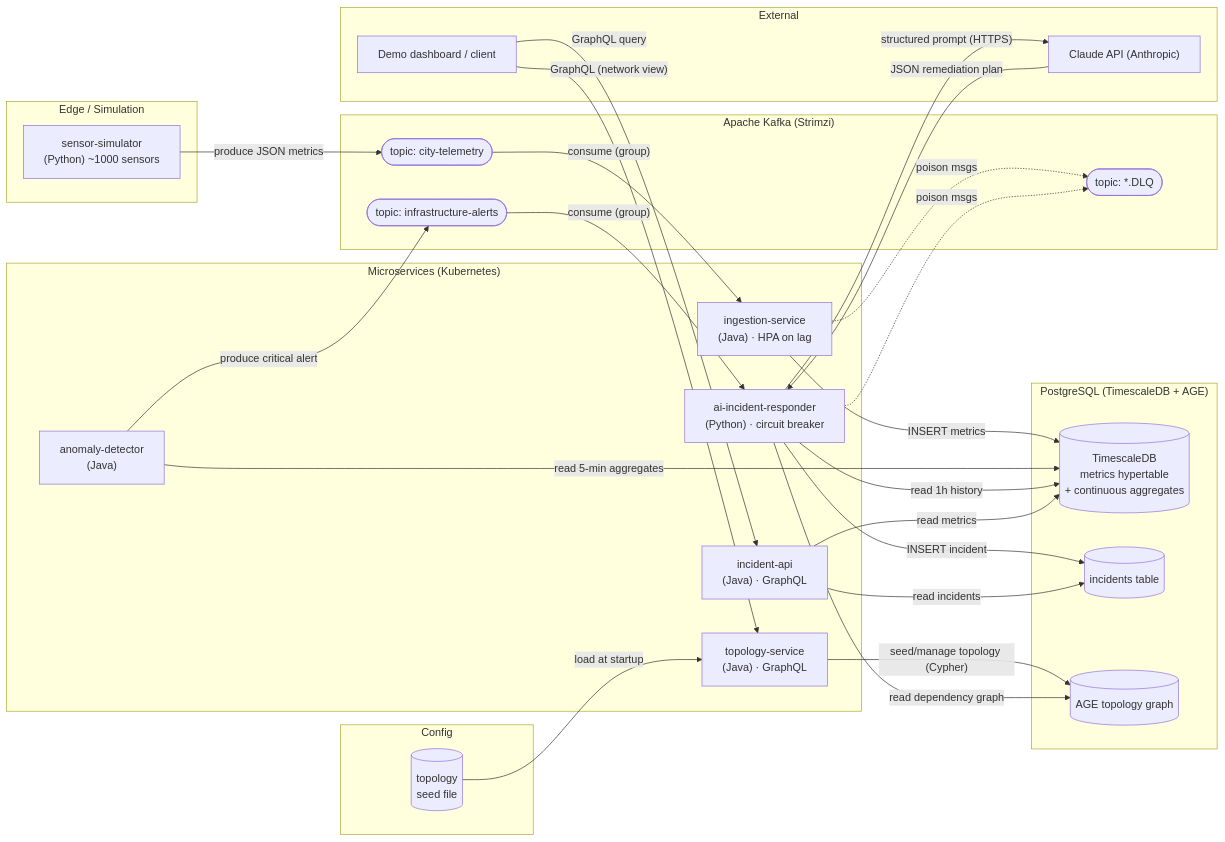
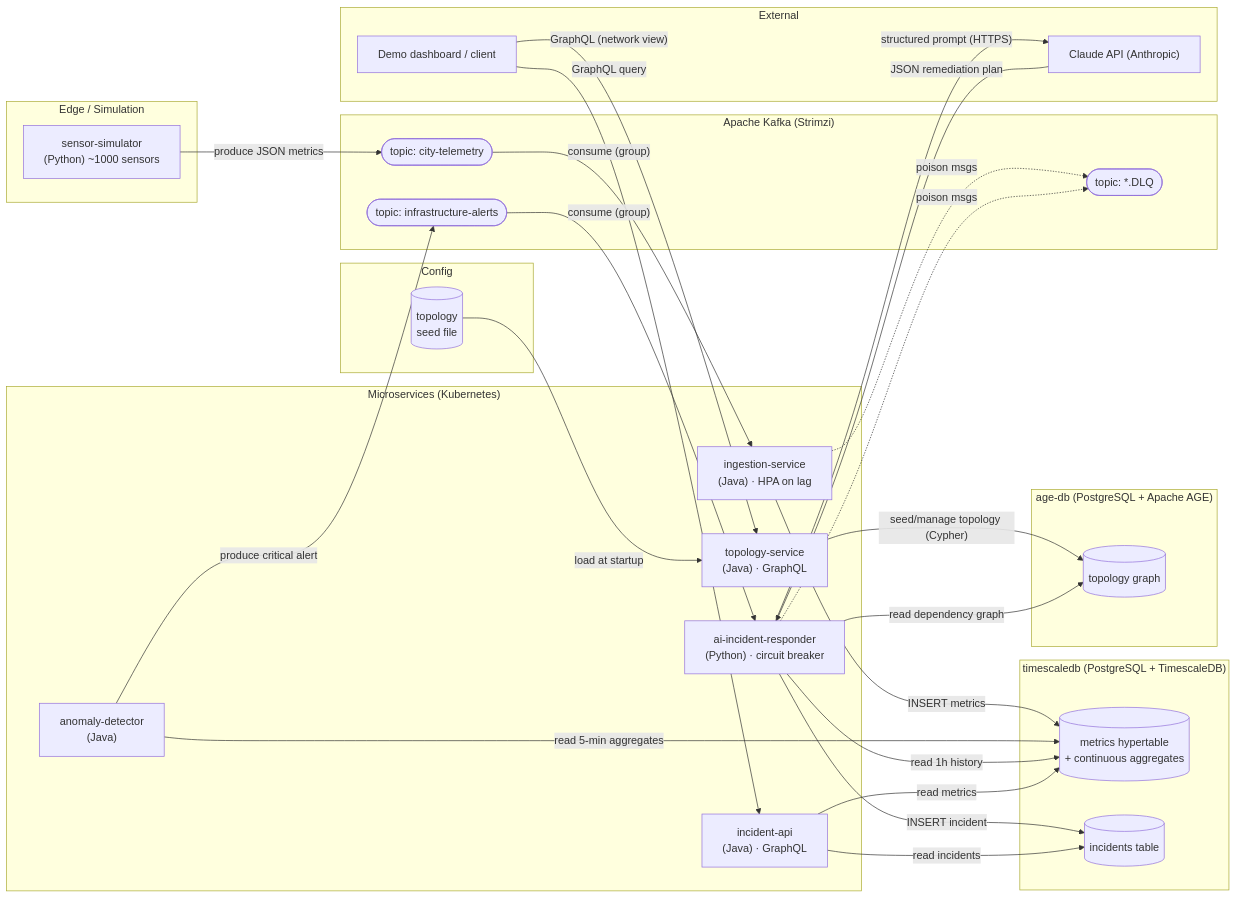
One commit to Yamete11/IPR changed the diagram in docs/architecture.mmd. Above: the diagram before and after it, drawn with Mermaid. The commit also changed 63 other files, not shown here.

```diff
--- a/docs/architecture.mmd
+++ b/docs/architecture.mmd
@@ -1,47 +1,49 @@
 flowchart LR
   subgraph edge["Edge / Simulation"]
     SIM["sensor-simulator<br/>(Python) ~1000 sensors"]
   end
   subgraph kafka["Apache Kafka (Strimzi)"]
     T1(["topic: city-telemetry"])
     T2(["topic: infrastructure-alerts"])
     DLQ(["topic: *.DLQ"])
   end
   subgraph services["Microservices (Kubernetes)"]
     ING["ingestion-service<br/>(Java) · HPA on lag"]
     DET["anomaly-detector<br/>(Java)"]
     AI["ai-incident-responder<br/>(Python) · circuit breaker"]
     API["incident-api<br/>(Java) · GraphQL"]
     TOPO["topology-service<br/>(Java) · GraphQL"]
   end
   subgraph config["Config"]
     SEED[("topology<br/>seed file")]
   end
-  subgraph pg["PostgreSQL (TimescaleDB + AGE)"]
-    TS[("TimescaleDB<br/>metrics hypertable<br/>+ continuous aggregates")]
+  subgraph pgts["timescaledb (PostgreSQL + TimescaleDB)"]
+    TS[("metrics hypertable<br/>+ continuous aggregates")]
     INC[("incidents table")]
-    AGE[("AGE topology graph")]
+  end
+  subgraph pgage["age-db (PostgreSQL + Apache AGE)"]
+    AGE[("topology graph")]
   end
   subgraph ext["External"]
     CLAUDE["Claude API (Anthropic)"]
     DASH["Demo dashboard / client"]
   end
   SIM -- "produce JSON metrics" --> T1
   T1 -- "consume (group)" --> ING
   ING -- "INSERT metrics" --> TS
   ING -. "poison msgs" .-> DLQ
   SEED -- "load at startup" --> TOPO
   TOPO -- "seed/manage topology (Cypher)" --> AGE
   DET -- "read 5-min aggregates" --> TS
   DET -- "produce critical alert" --> T2
   T2 -- "consume (group)" --> AI
   AI -- "read 1h history" --> TS
   AI -- "read dependency graph" --> AGE
   AI -- "structured prompt (HTTPS)" --> CLAUDE
   CLAUDE -- "JSON remediation plan" --> AI
   AI -- "INSERT incident" --> INC
   AI -. "poison msgs" .-> DLQ
   API -- "read incidents" --> INC
   API -- "read metrics" --> TS
   DASH -- "GraphQL query" --> API
   DASH -- "GraphQL (network view)" --> TOPO
```
